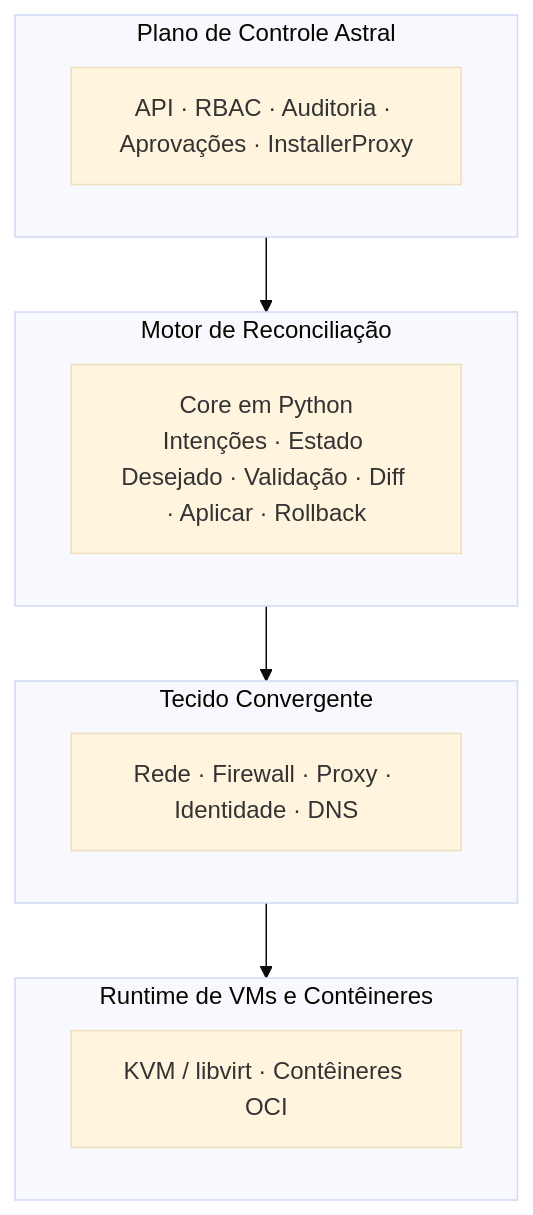
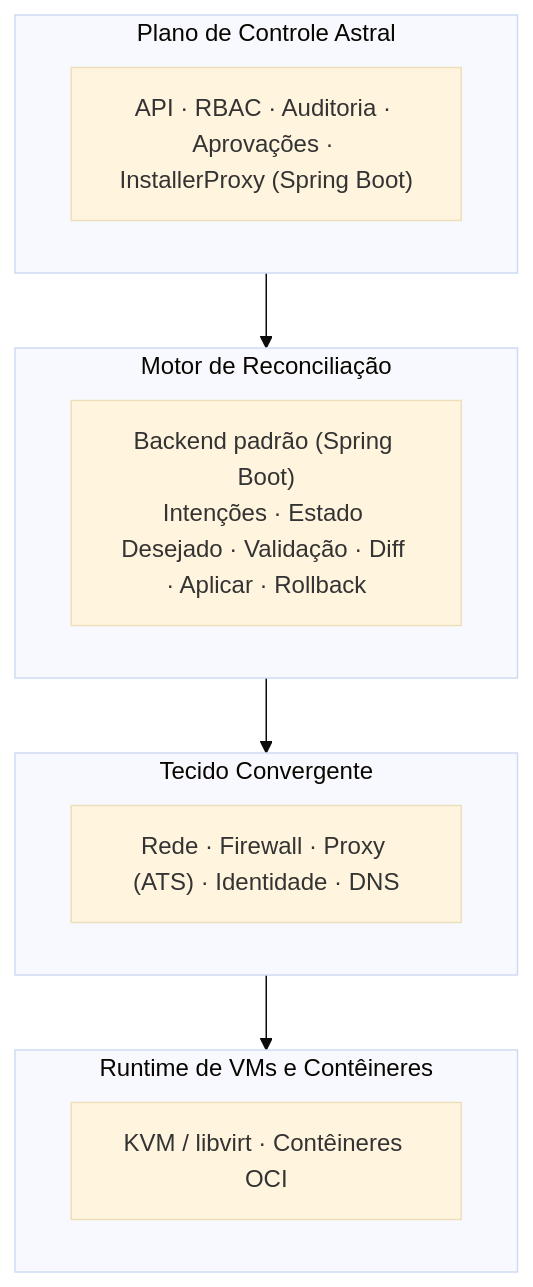
The first of 2 diagrams in README.md (euripedesdark/astral-plataform-hci), drawn with Mermaid (base theme) before and after one commit.

````diff
--- a/README.md
+++ b/README.md
@@ -131,24 +131,25 @@
 ```mermaid
 
 flowchart TB
   subgraph ControlPlane [Plano de Controle Astral]
-    CP_API["API · RBAC · Auditoria · Aprovações · InstallerProxy"]
+    CP_API["API · RBAC · Auditoria · Aprovações · InstallerProxy (Spring Boot)"]
   end
 
   subgraph Reconciler [Motor de Reconciliação]
-    RE["Core em Python<br/>Intenções · Estado Desejado · Validação · Diff · Aplicar · Rollback"]
+    RE["Backend padrão (Spring Boot)<br/>Intenções · Estado Desejado · Validação · Diff · Aplicar · Rollback"]
   end
 
   subgraph Fabric [Tecido Convergente]
-    CF["Rede · Firewall · Proxy · Identidade · DNS"]
+    CF["Rede · Firewall · Proxy (ATS) · Identidade · DNS"]
   end
 
   subgraph Runtime [Runtime de VMs e Contêineres]
     RT["KVM / libvirt · Contêineres OCI"]
   end
 
   ControlPlane --> Reconciler
   Reconciler --> Fabric
   Fabric --> Runtime
 
+
 ```
````
